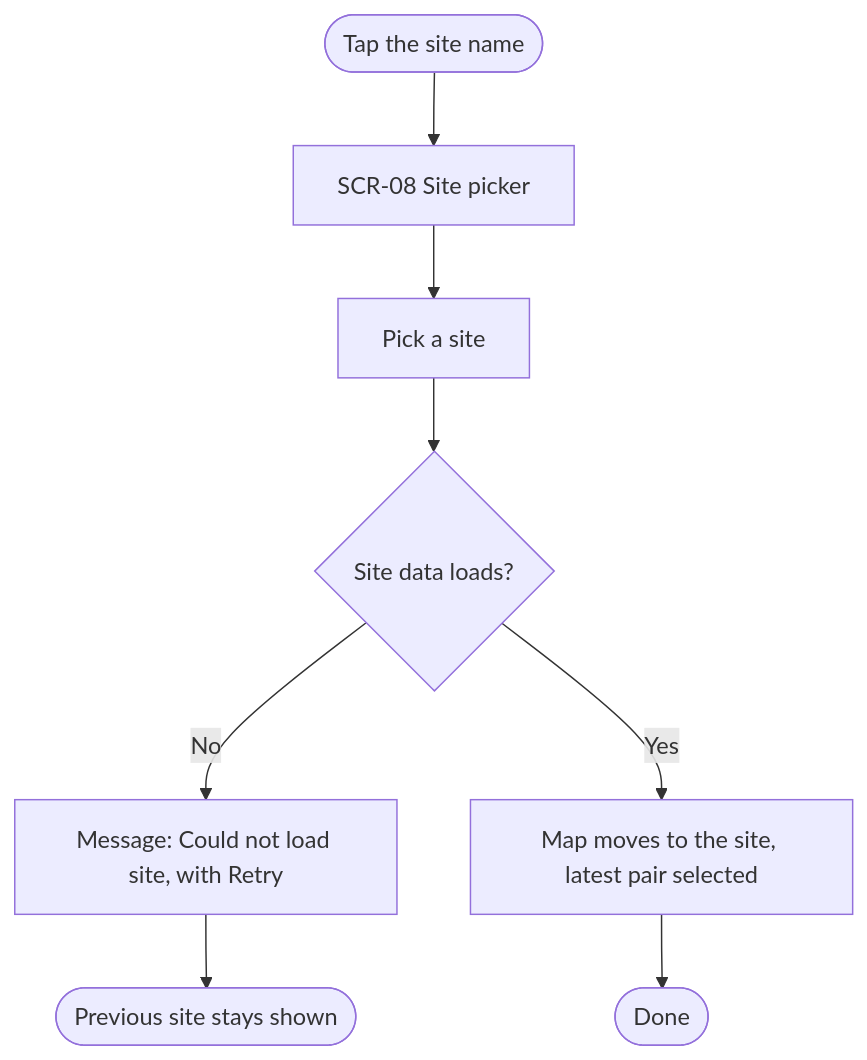
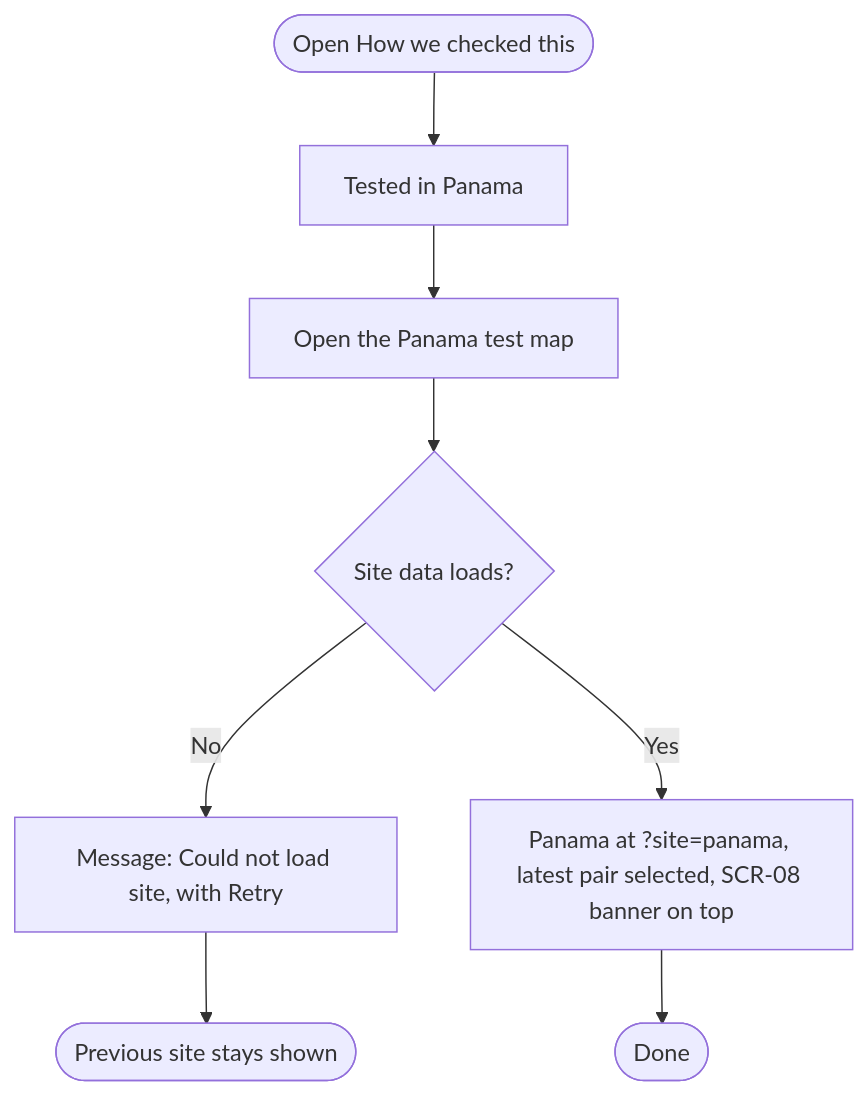
One commit to BontoJamesRod/groudon-s-land-in-albay changed the seventh of 10 diagrams in docs/03-user-flows.md. Above: the diagram before and after it, drawn with Mermaid. The commit also changed other lines of this file and 4 other files, not shown here.

Commit message:
T-144: make Panama evidence, not a second site to pick, in the docs (FR-099, FR-100, TC-112, TC-113)

````diff
--- a/docs/03-user-flows.md
+++ b/docs/03-user-flows.md
@@ -148,10 +148,10 @@
 ```mermaid
 flowchart TD
-    A(["Tap the site name"]) --> B["SCR-08 Site picker"]
-    B --> C["Pick a site"]
+    A(["Open How we checked this"]) --> B["Tested in Panama"]
+    B --> C["Open the Panama test map"]
     C --> D{"Site data loads?"}
     D -- No --> E["Message: Could not load site, with Retry"]
     E --> F(["Previous site stays shown"])
-    D -- Yes --> G["Map moves to the site, latest pair selected"]
+    D -- Yes --> G["Panama at ?site=panama, latest pair selected, SCR-08 banner on top"]
     G --> H(["Done"])
 ```
````
